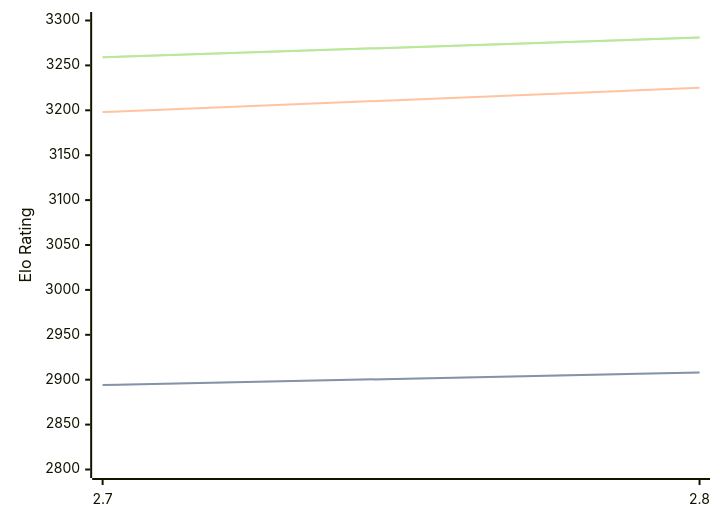
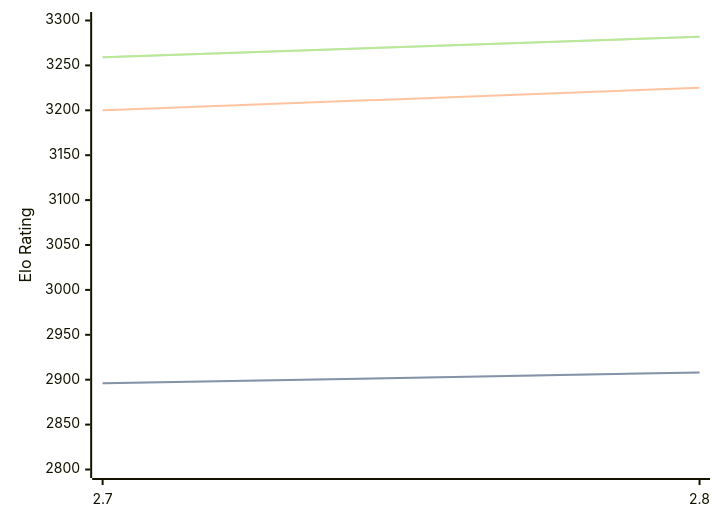
Before and after one commit to computer-chess-index/cci: the diagram in engines/Arcanum.md, drawn with Mermaid. The commit also changed other lines of this file, not shown here.

Commit message:
Update CCI Ratings (ELO VLTC) - 2026-08-24

````diff
--- a/engines/Arcanum.md
+++ b/engines/Arcanum.md
@@ -32,11 +32,11 @@
 ```mermaid
 %%{init: {"theme":"base","themeVariables":{"seriesColors:['#a3a3a3','#222221','#faa371']}}}%%
 xychart-beta
   x-axis ["2.7", "2.8"]
   y-axis "Elo Rating" 2800 --> 3300
-  line "STC (8.0+0.08s)" [2894, 2908]
-  line "STC (8.0+0.08s)" [2894, 2908]
-  line "LTC (60.0+0.60s)" [3198, 3225]
-  line "VLTC (2m24s+1.12s)" [3259, 3281]
-  line "VLTC (2m24s+1.12s)" [3259, 3281]
+  line "STC (8.0+0.08s)" [2896, 2908]
+  line "STC (8.0+0.08s)" [2896, 2908]
+  line "LTC (60.0+0.60s)" [3200, 3225]
+  line "VLTC (2m24s+1.12s)" [3259, 3282]
+  line "VLTC (2m24s+1.12s)" [3259, 3282]
 ```
````
